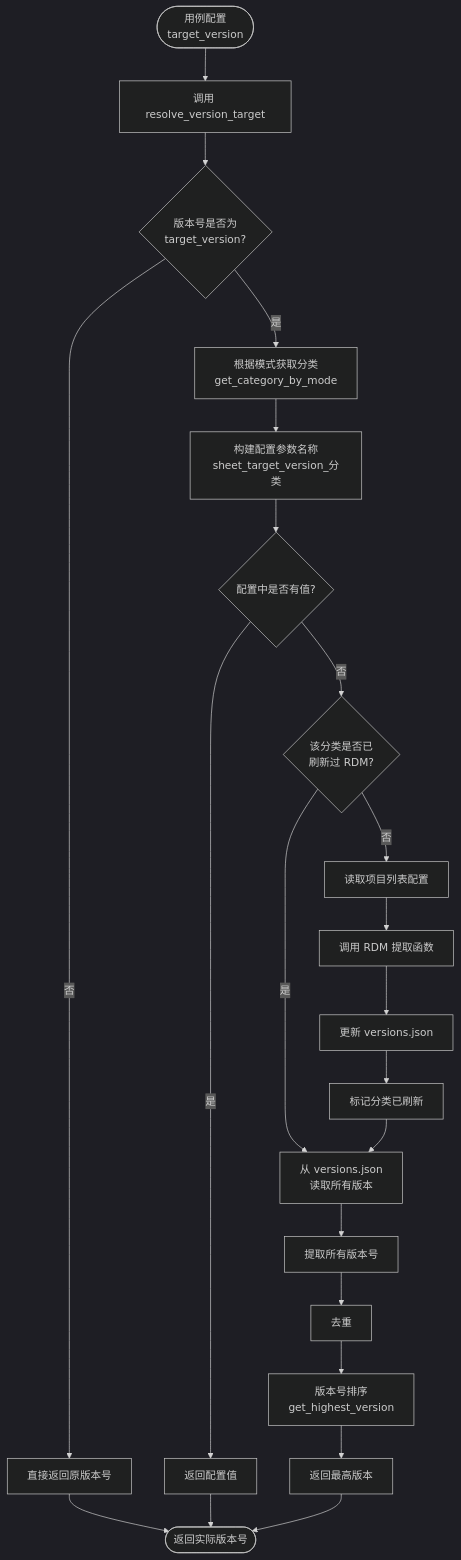
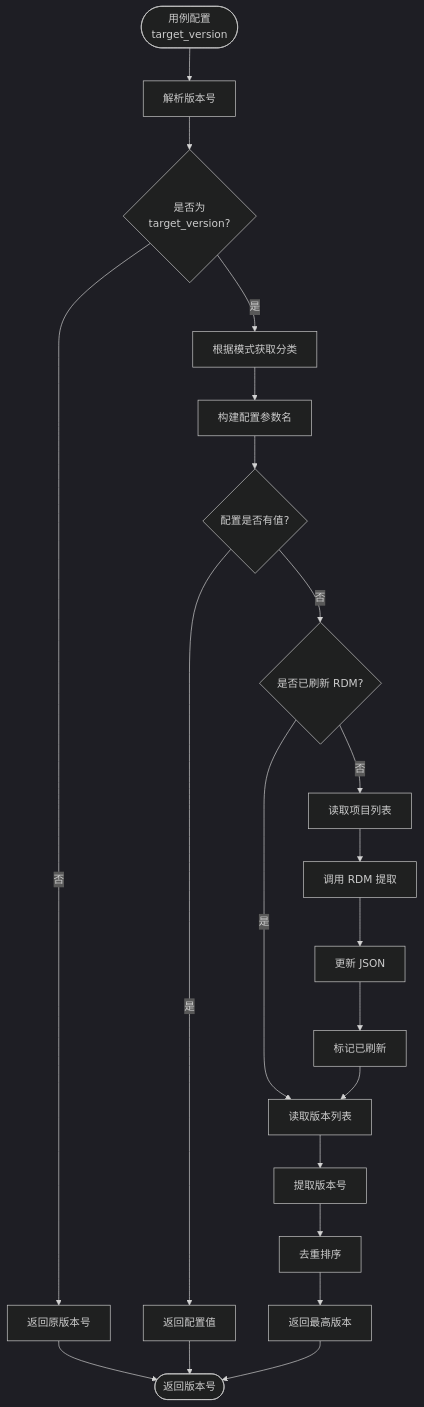
Before and after one commit to weihang1258/dpiAutoExcel: diagram 39 of 43 in 逻辑流程文档.md, drawn with Mermaid (dark theme). The commit also changed other lines of this file and 1 other file, not shown here.

First line of the commit message:
docs: 优化流程图显示效果，统一字体大小

````diff
--- a/逻辑流程文档.md
+++ b/逻辑流程文档.md
@@ -1122,31 +1122,30 @@
 ```mermaid
 graph TD
-    Start([用例配置<br/>target_version]) --> A[调用 resolve_version_target]
-    A --> B{版本号是否为<br/>target_version?}
+    Start([用例配置<br/>target_version]) --> A[解析版本号]
+    A --> B{是否为<br/>target_version?}
     
-    B -->|否| C[直接返回原版本号]
-    B -->|是| D[根据模式获取分类<br/>get_category_by_mode]
+    B -->|否| C[返回原版本号]
+    B -->|是| D[根据模式获取分类]
     
-    D --> E[构建配置参数名称<br/>sheet_target_version_分类]
-    E --> F{配置中是否有值?}
+    D --> E[构建配置参数名]
+    E --> F{配置是否有值?}
     
     F -->|是| G[返回配置值]
-    F -->|否| H{该分类是否已<br/>刷新过 RDM?}
+    F -->|否| H{是否已刷新 RDM?}
     
-    H -->|是| I[从 versions.json<br/>读取所有版本]
-    H -->|否| J[读取项目列表配置]
+    H -->|是| I[读取版本列表]
+    H -->|否| J[读取项目列表]
     
-    J --> K[调用 RDM 提取函数]
-    K --> L[更新 versions.json]
-    L --> M[标记分类已刷新]
+    J --> K[调用 RDM 提取]
+    K --> L[更新 JSON]
+    L --> M[标记已刷新]
     M --> I
     
-    I --> N[提取所有版本号]
-    N --> O[去重]
-    O --> P[版本号排序<br/>get_highest_version]
-    P --> Q[返回最高版本]
+    I --> N[提取版本号]
+    N --> O[去重排序]
+    O --> P[返回最高版本]
     
-    G --> End([返回实际版本号])
+    G --> End([返回版本号])
     C --> End
-    Q --> End
+    P --> End
 ```
````
